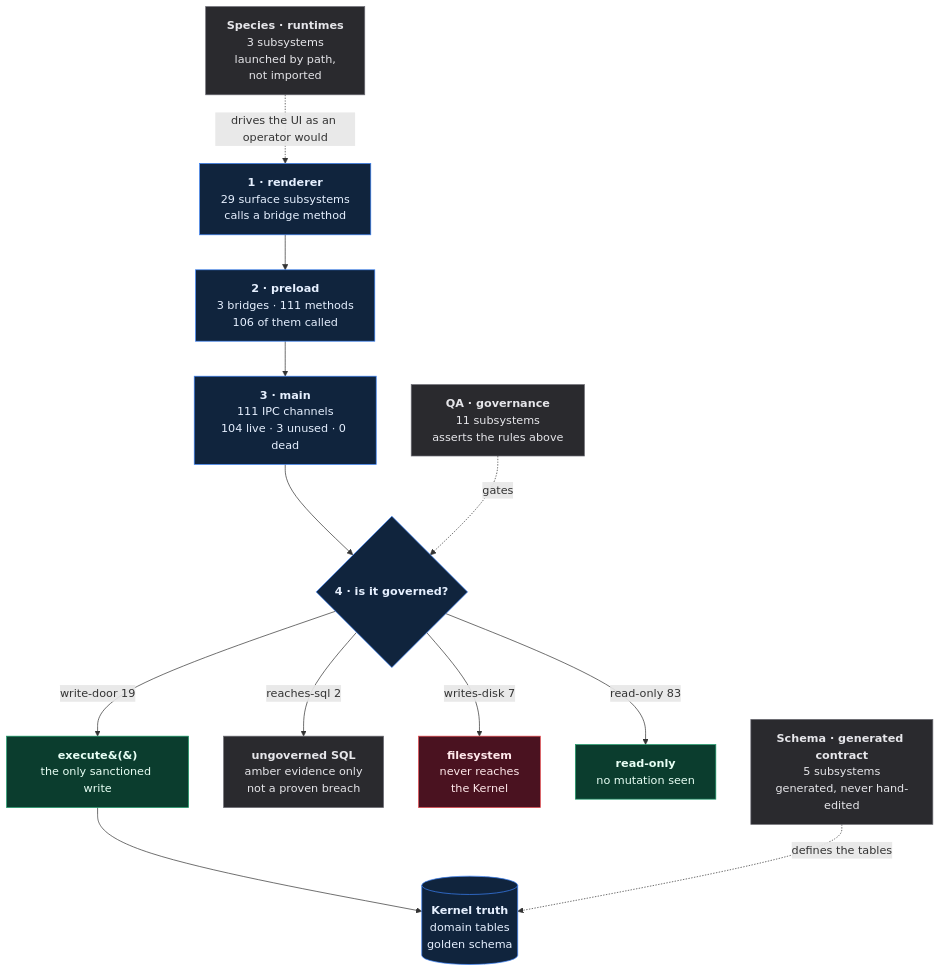
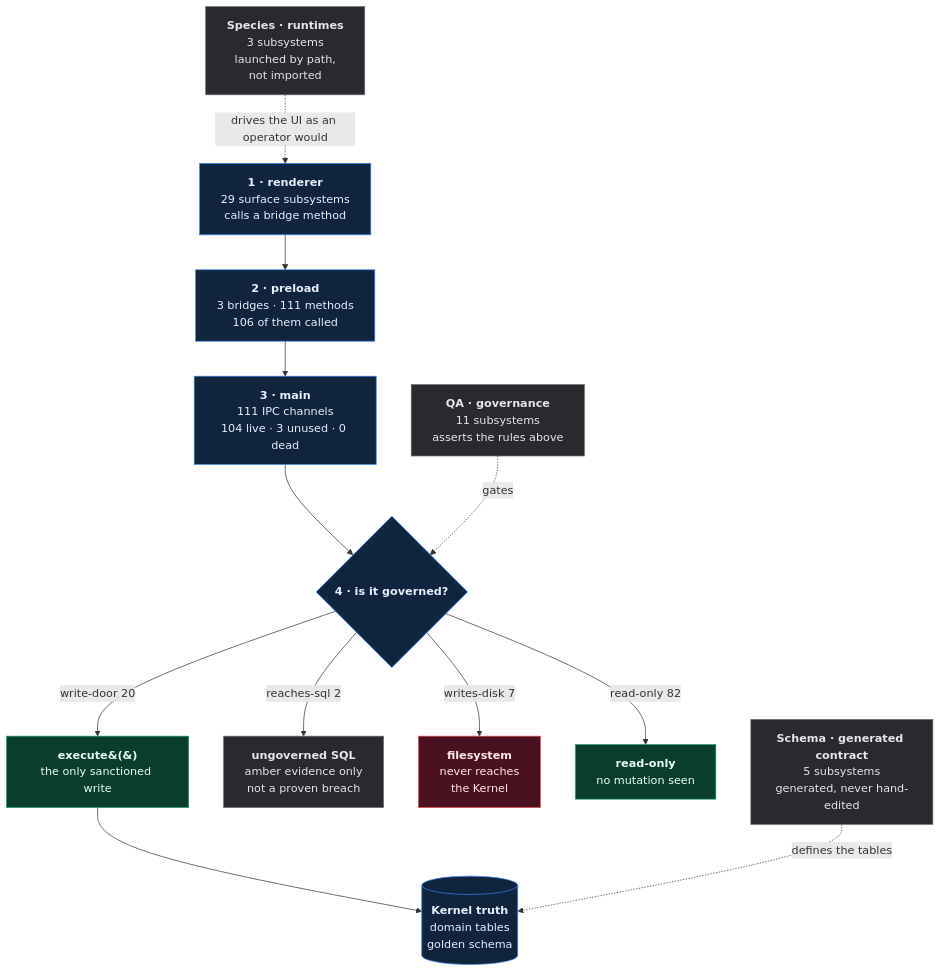
Before and after one commit to SidNig21/QuantFlow-Ontology: the diagram in qf-atlas/ATLAS.md, drawn with Mermaid. The commit also changed other lines of this file and 16 other files, not shown here.

````diff
--- a/qf-atlas/ATLAS.md
+++ b/qf-atlas/ATLAS.md
@@ -32,35 +32,35 @@
 ```mermaid
 flowchart TD
   R["<b>1 · renderer</b><br/>29 surface subsystems<br/>calls a bridge method"]
   P["<b>2 · preload</b><br/>3 bridges · 111 methods<br/>106 of them called"]
   M["<b>3 · main</b><br/>111 IPC channels<br/>104 live · 3 unused · 0 dead"]
   H{"<b>4 · is it governed?</b>"}
   E["<b>execute&#40;&#41;</b><br/>the only sanctioned write"]
   DB[("<b>Kernel truth</b><br/>domain tables<br/>golden schema")]
 
   R --> P --> M --> H
-  H -->|"write-door 19"| E
+  H -->|"write-door 20"| E
   E --> DB
   A["<b>ungoverned SQL</b><br/>amber evidence only<br/>not a proven breach"]
   H -->|"reaches-sql 2"| A
   FS["<b>filesystem</b><br/>never reaches<br/>the Kernel"]
   H -->|"writes-disk 7"| FS
   RO["<b>read-only</b><br/>no mutation seen"]
-  H -->|"read-only 83"| RO
+  H -->|"read-only 82"| RO
 
   QA["<b>QA · governance</b><br/>11 subsystems<br/>asserts the rules above"]
   SP["<b>Species · runtimes</b><br/>3 subsystems<br/>launched by path,<br/>not imported"]
   SC["<b>Schema · generated contract</b><br/>5 subsystems<br/>generated, never hand-edited"]
   QA -.->|"gates"| H
   SC -.->|"defines the tables"| DB
   SP -.->|"drives the UI as an operator would"| R
 
   classDef good fill:#0b3d2e,stroke:#1f9d6b,color:#e8fff5
   classDef bad fill:#4a1220,stroke:#e5484d,color:#ffe8ea
   classDef gray fill:#2a2a2e,stroke:#6b6b73,color:#e6e6ea
   classDef truth fill:#10243d,stroke:#3b82f6,color:#e6f0ff
   class E,RO good
   class FS bad
   class A,QA,SP,SC gray
   class DB,R,P,M,H truth
 ```
````
